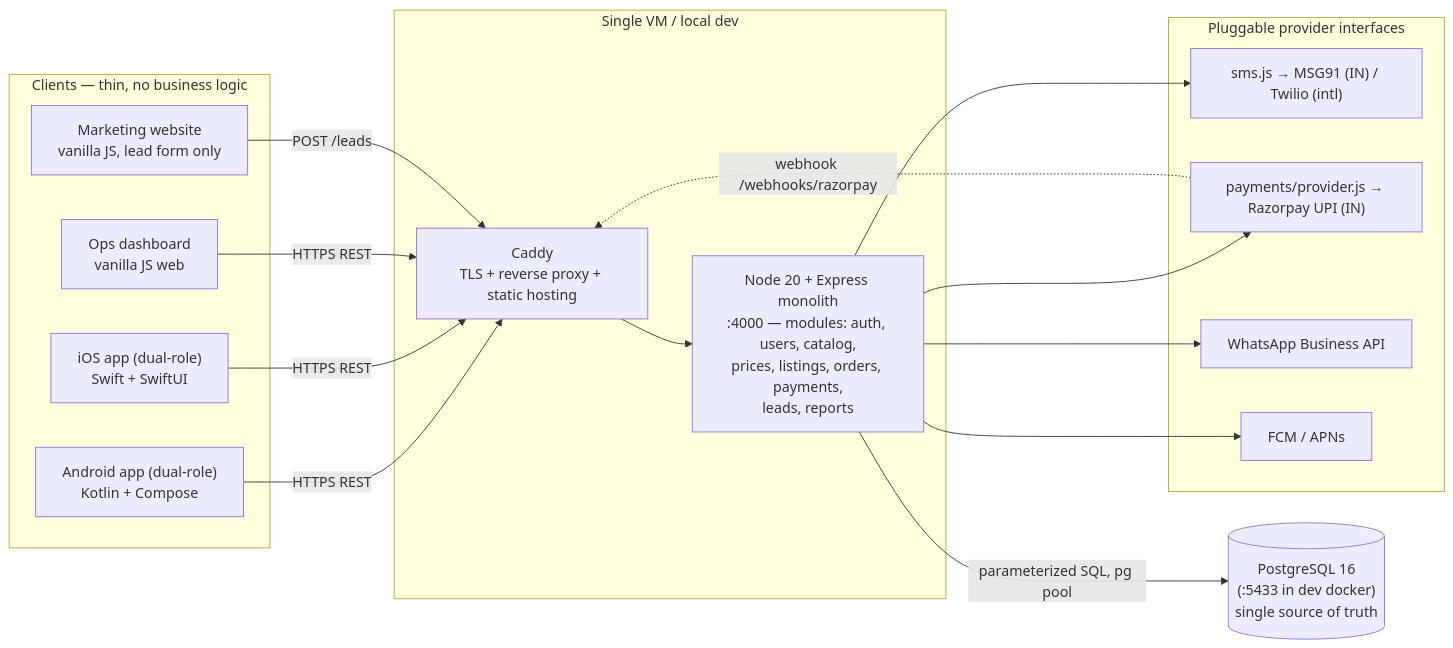
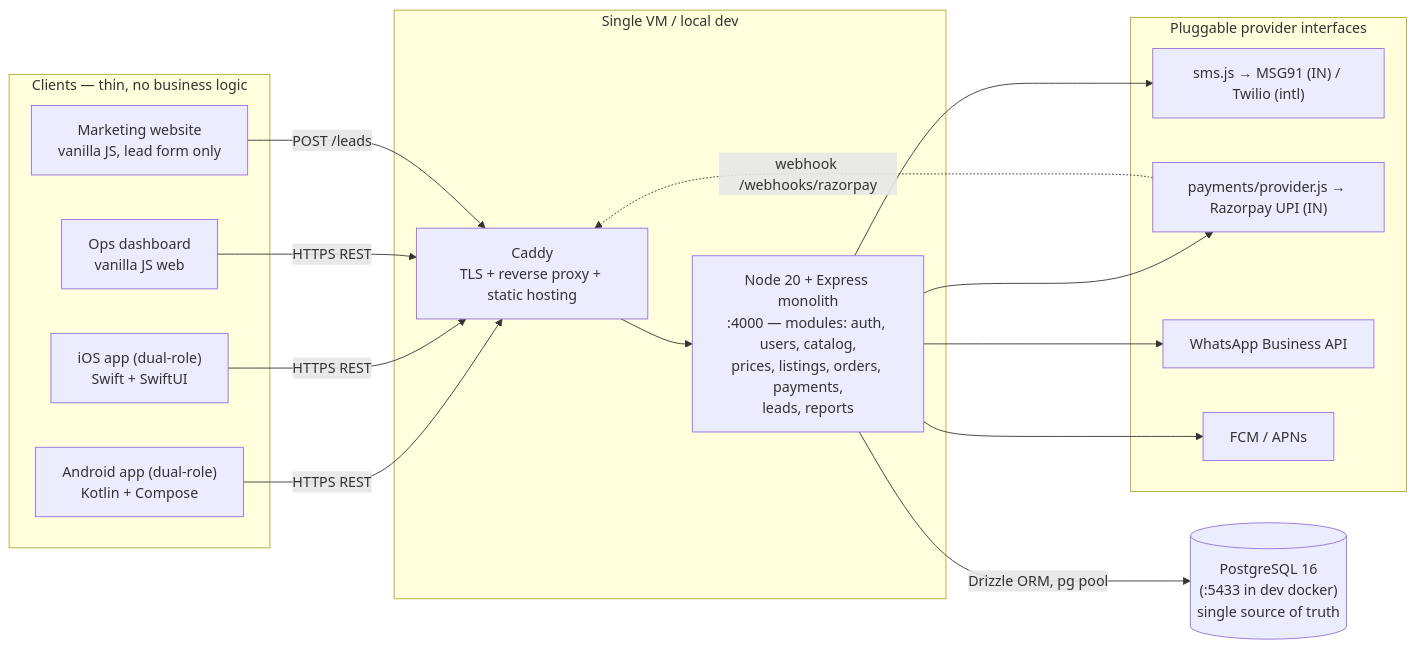
The first of 3 diagrams in 11-ARCHITECTURE.md (NextInnovation1/KishanSetu-Brain), drawn with Mermaid before and after one commit. The commit also changed other lines of this file and 4 other files, not shown here.

First line of the commit message:
Backend stack decision: TypeScript + Drizzle ORM v1.0.0-rc.4

````diff
--- a/11-ARCHITECTURE.md
+++ b/11-ARCHITECTURE.md
@@ -12,35 +12,35 @@
 ```mermaid
 flowchart LR
   subgraph clients [Clients — thin, no business logic]
     AND["Android app (dual-role)\nKotlin + Compose"]
     IOS["iOS app (dual-role)\nSwift + SwiftUI"]
     OPS["Ops dashboard\nvanilla JS web"]
     WEB["Marketing website\nvanilla JS, lead form only"]
   end
 
   subgraph server [Single VM / local dev]
     CADDY["Caddy\nTLS + reverse proxy + static hosting"]
     API["Node 20 + Express monolith\n:4000 — modules: auth, users, catalog,\nprices, listings, orders, payments,\nleads, reports"]
   end
 
   PG[("PostgreSQL 16\n(:5433 in dev docker)\nsingle source of truth")]
 
   subgraph providers [Pluggable provider interfaces]
     SMS["sms.js → MSG91 (IN) / Twilio (intl)"]
     PAY["payments/provider.js → Razorpay UPI (IN)"]
     MSGW["WhatsApp Business API"]
     PUSH["FCM / APNs"]
   end
 
   AND -->|HTTPS REST| CADDY
   IOS -->|HTTPS REST| CADDY
   OPS -->|HTTPS REST| CADDY
   WEB -->|POST /leads| CADDY
   CADDY --> API
-  API -->|parameterized SQL, pg pool| PG
+  API -->|Drizzle ORM, pg pool| PG
   API --> SMS
   API --> PAY
   API --> MSGW
   API --> PUSH
   PAY -.->|webhook /webhooks/razorpay| CADDY
 ```
````
